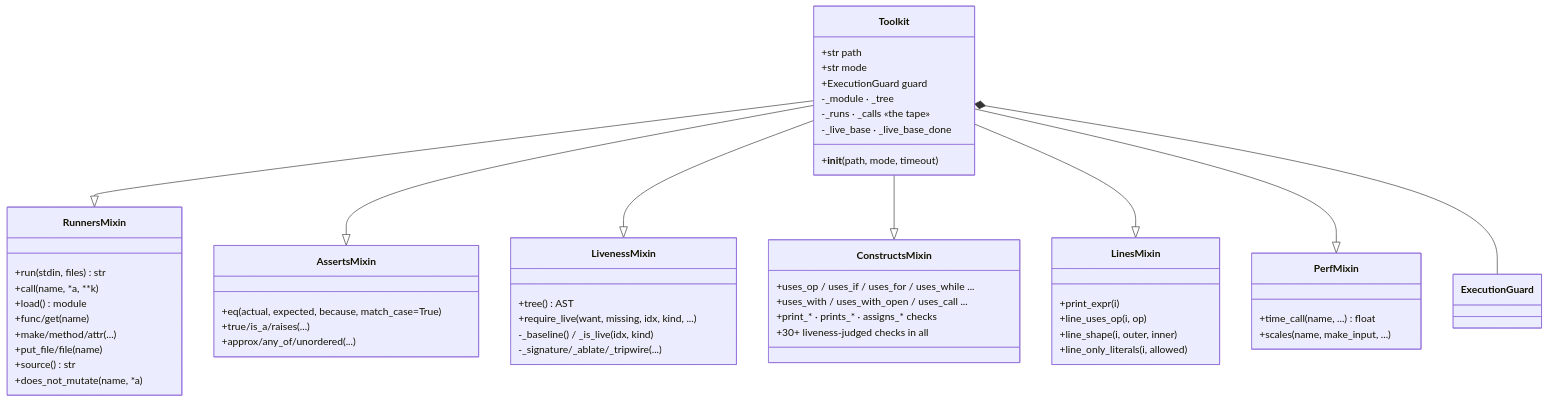
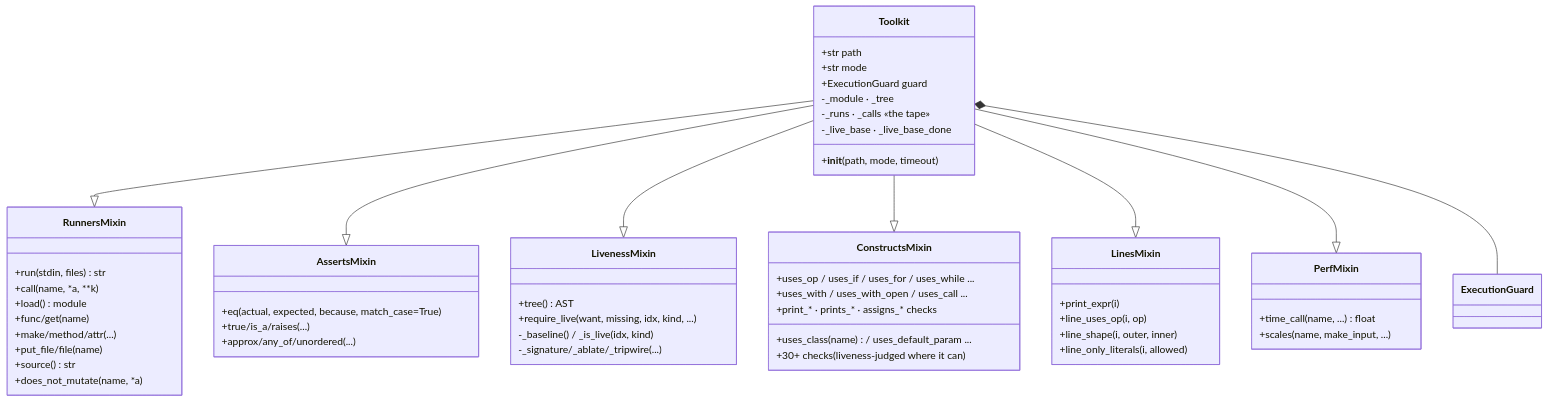
Before and after one commit to N041M/PyQuest: the second of 7 diagrams in docs/architecture/toolkit.md, drawn with Mermaid. The commit also changed other lines of this file and 1 other file, not shown here.

First line of the commit message:
Update architecture docs for Chapter 9 (uses_class name, OOP off-tape)

````diff
--- a/docs/architecture/toolkit.md
+++ b/docs/architecture/toolkit.md
@@ -29,56 +29,57 @@
 ```mermaid
 classDiagram
     class Toolkit {
         +str path
         +str mode
         +ExecutionGuard guard
         -_module · _tree
         -_runs · _calls «the tape»
         -_live_base · _live_base_done
         +__init__(path, mode, timeout)
     }
     class RunnersMixin {
         +run(stdin, files) str
         +call(name, *a, **k)
         +load() module
         +func/get(name)
         +make/method/attr(...)
         +put_file/file(name)
         +source() str
         +does_not_mutate(name, *a)
     }
     class AssertsMixin {
         +eq(actual, expected, because, match_case=True)
         +true/is_a/raises(...)
         +approx/any_of/unordered(...)
     }
     class LivenessMixin {
         +tree() AST
         +require_live(want, missing, idx, kind, ...)
         -_baseline() / _is_live(idx, kind)
         -_signature/_ablate/_tripwire(...)
     }
     class ConstructsMixin {
         +uses_op / uses_if / uses_for / uses_while ...
         +uses_with / uses_with_open / uses_call ...
+        +uses_class(name) / uses_default_param ...
         +print_* · prints_* · assigns_* checks
-        +30+ liveness-judged checks in all
+        +30+ checks (liveness-judged where it can)
     }
     class LinesMixin {
         +print_expr(i)
         +line_uses_op(i, op)
         +line_shape(i, outer, inner)
         +line_only_literals(i, allowed)
     }
     class PerfMixin {
         +time_call(name, ...) float
         +scales(name, make_input, ...)
     }
     Toolkit --|> RunnersMixin
     Toolkit --|> AssertsMixin
     Toolkit --|> LivenessMixin
     Toolkit --|> ConstructsMixin
     Toolkit --|> LinesMixin
     Toolkit --|> PerfMixin
     Toolkit *-- ExecutionGuard
 ```
````
